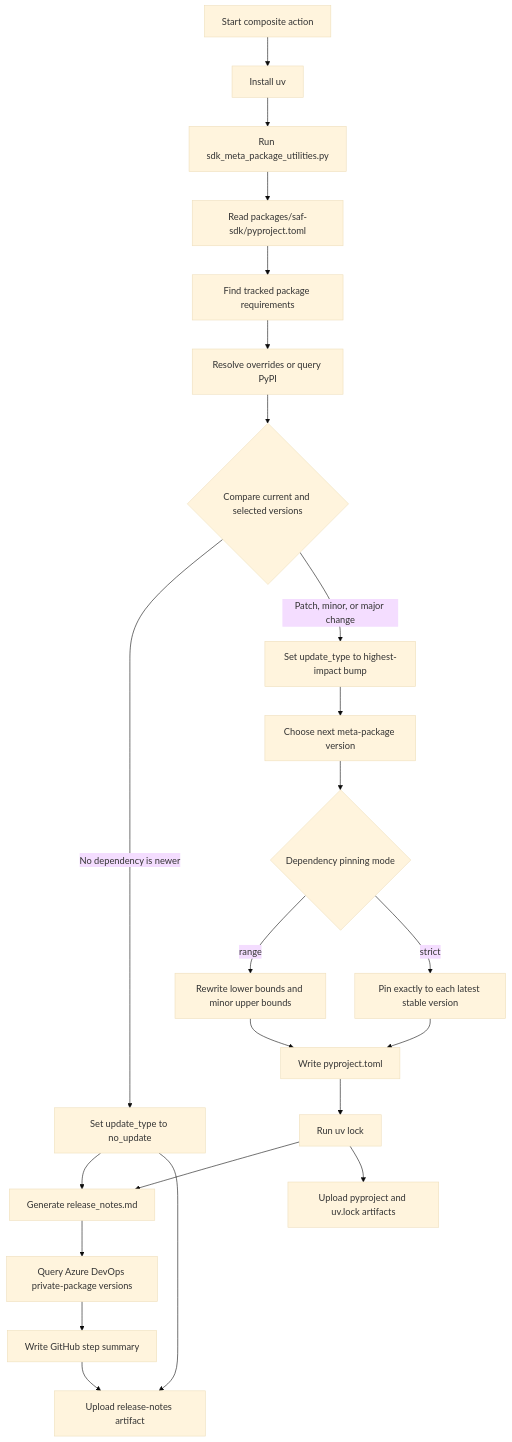
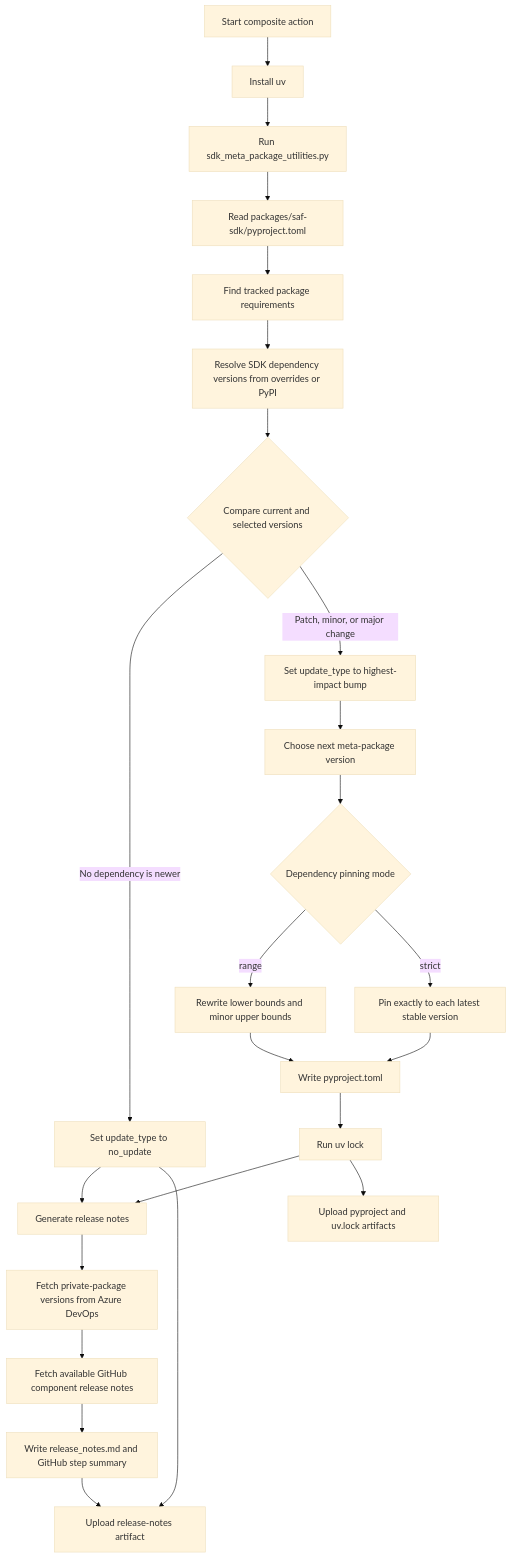
Before and after one commit to JJJ-NONAME/saf: the second of 4 diagrams in .github/actions/sdk-meta-package/README.md, drawn with Mermaid (base theme). The commit also changed other lines of this file, not shown here.

````diff
--- a/.github/actions/sdk-meta-package/README.md
+++ b/.github/actions/sdk-meta-package/README.md
@@ -101,25 +101,26 @@
 ```mermaid
 flowchart TD
     A[Start composite action] --> B[Install uv]
     B --> C[Run sdk_meta_package_utilities.py]
     C --> D[Read packages/saf-sdk/pyproject.toml]
     D --> E[Find tracked package requirements]
-    E --> F[Resolve overrides or query PyPI]
+    E --> F[Resolve SDK dependency versions from overrides or PyPI]
     F --> G{Compare current and selected versions}
     G -->|No dependency is newer| H[Set update_type to no_update]
     G -->|Patch, minor, or major change| I[Set update_type to highest-impact bump]
     I --> J[Choose next meta-package version]
     J --> K{Dependency pinning mode}
     K -->|range| L[Rewrite lower bounds and minor upper bounds]
     K -->|strict| M[Pin exactly to each latest stable version]
     L --> N[Write pyproject.toml]
     M --> N
     N --> O[Run uv lock]
-    H --> P[Generate release_notes.md]
+    H --> P[Generate release notes]
     O --> P
-    P --> T[Query Azure DevOps private-package versions]
-    T --> Q[Write GitHub step summary]
+    P --> T[Fetch private-package versions from Azure DevOps]
+    T --> U[Fetch available GitHub component release notes]
+    U --> Q[Write release_notes.md and GitHub step summary]
     Q --> R[Upload release-notes artifact]
     O --> S[Upload pyproject and uv.lock artifacts]
     H --> R
 ```
````
